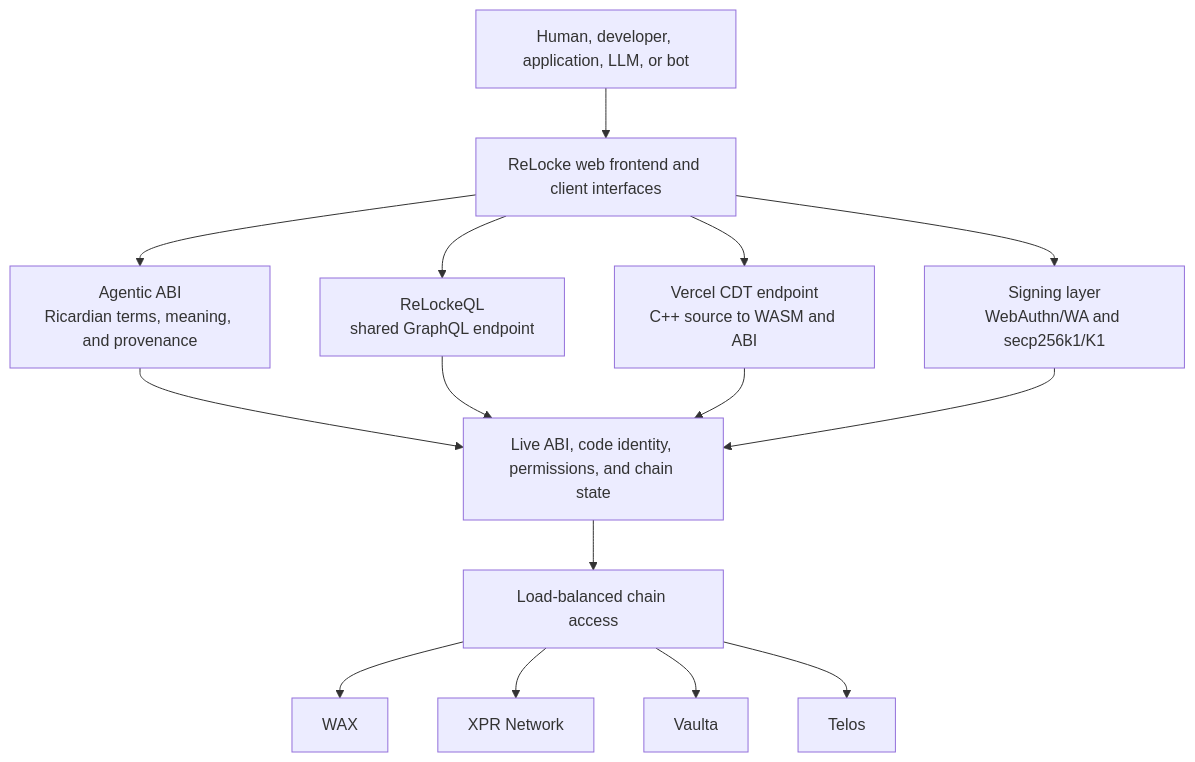
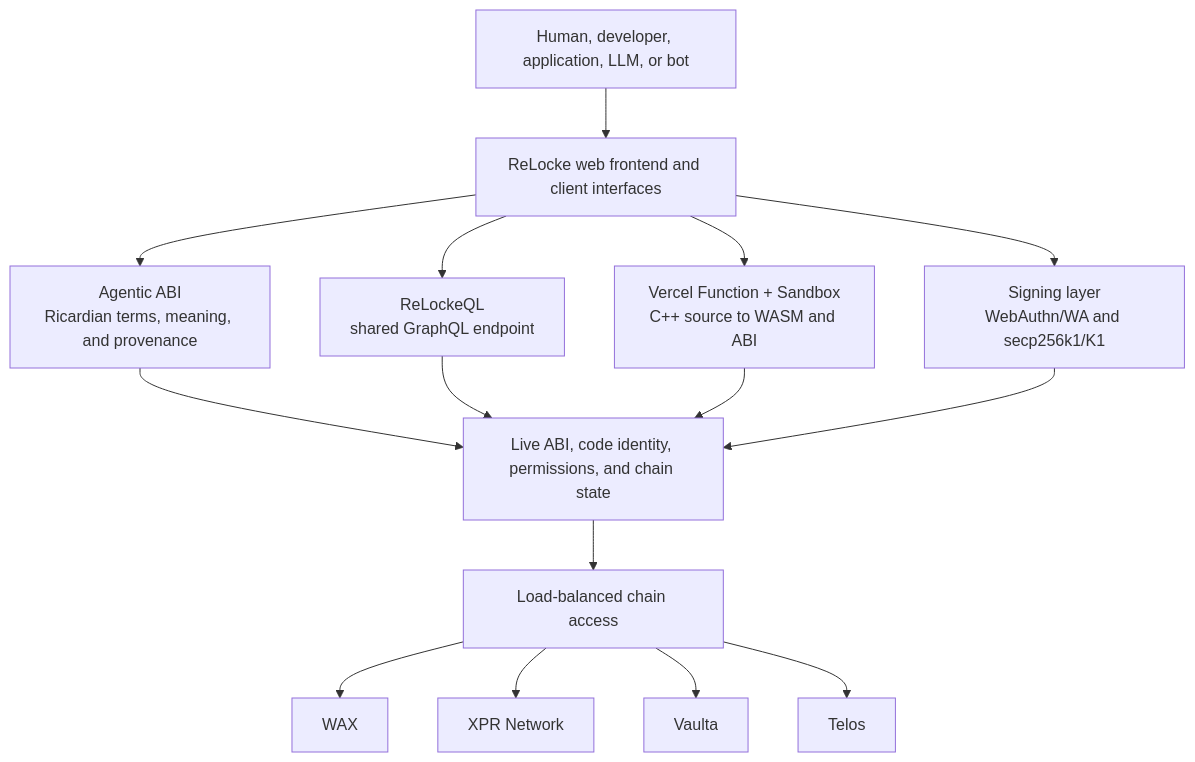
The fourth of 6 diagrams in WHITEPAPER.md (relocke/.github), drawn with Mermaid before and after one commit. The commit also changed other lines of this file and 1 other file, not shown here.

````diff
--- a/WHITEPAPER.md
+++ b/WHITEPAPER.md
@@ -399,19 +409,19 @@
 ```mermaid
 flowchart TB
     U["Human, developer, application, LLM, or bot"] --> F["ReLocke web frontend and client interfaces"]
     F --> M["Agentic ABI<br/>Ricardian terms, meaning, and provenance"]
     F --> Q["ReLockeQL<br/>shared GraphQL endpoint"]
-    F --> C["Vercel CDT endpoint<br/>C++ source to WASM and ABI"]
+    F --> C["Vercel Function + Sandbox<br/>C++ source to WASM and ABI"]
     F --> S["Signing layer<br/>WebAuthn/WA and secp256k1/K1"]
 
     M --> A["Live ABI, code identity, permissions, and chain state"]
     Q --> A
     C --> A
     S --> A
     A --> L["Load-balanced chain access"]
 
     L --> W["WAX"]
     L --> X["XPR Network"]
     L --> V["Vaulta"]
     L --> T["Telos"]
 ```
````
